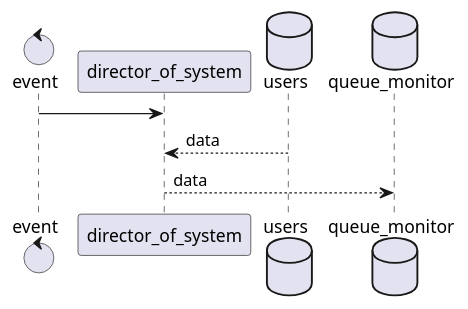
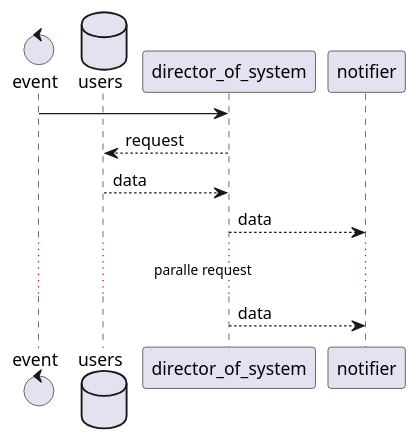
Before and after one commit to homura10059/find_sale_in_wishlist: the first of 3 diagrams in docs/design.md, drawn with PlantUML. The commit also changed other lines of this file, not shown here.

````diff
--- a/docs/design.md
+++ b/docs/design.md
@@ -64,14 +54,16 @@
 ```puml
 @startuml
 
 control event
+database users
 
-event -> director_of_system: 
+event -> director_of_system:
 
-database users
-database queue_monitor
 
+director_of_system --> users :request
 director_of_system <-- users :data
-director_of_system --> queue_monitor: data
+director_of_system --> notifier: data
+... paralle request ...
+director_of_system --> notifier: data
 @enduml
 ```
````
